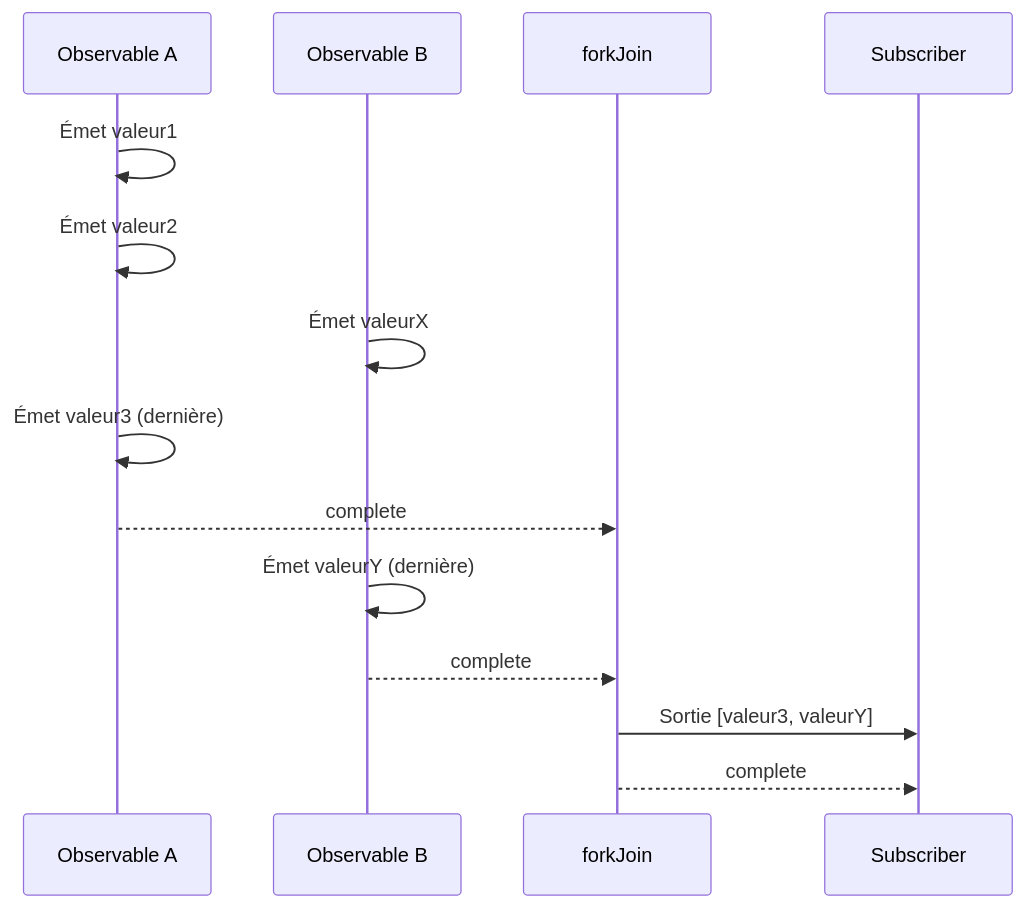
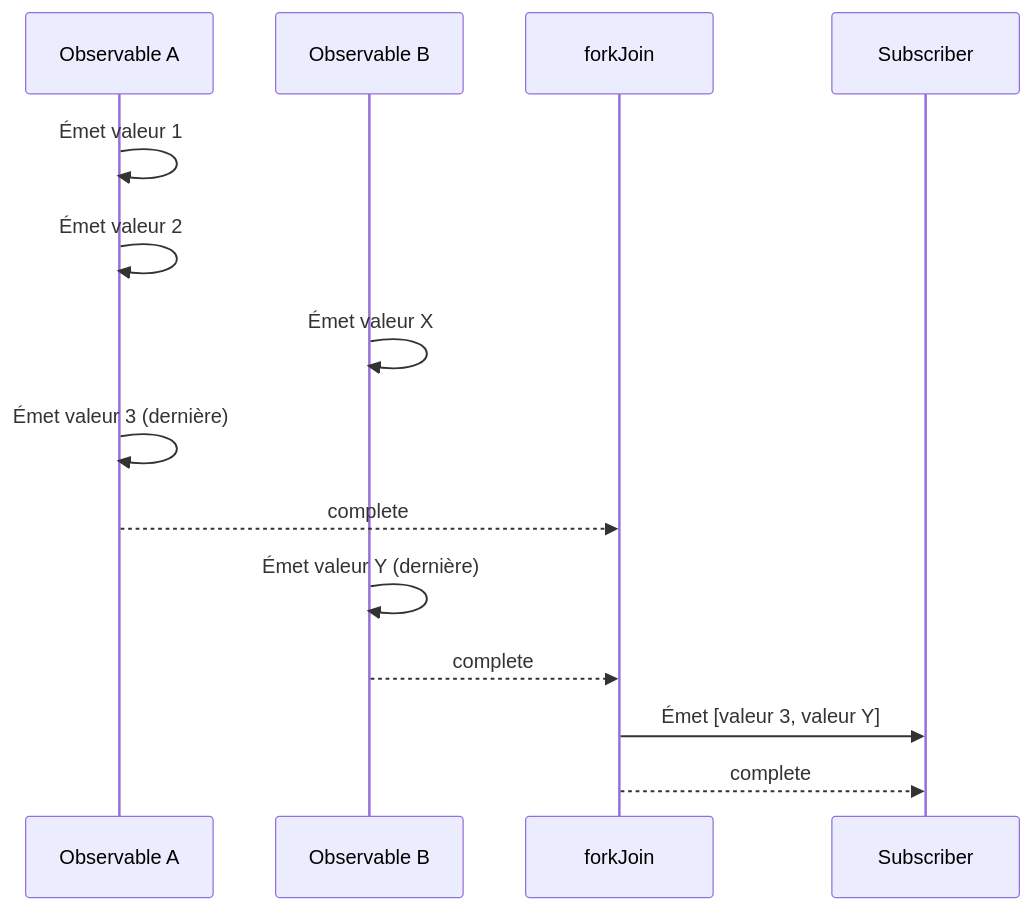
The first of 4 diagrams in docs/fr/guide/creation-functions/combination/forkJoin-vs-combineLatest.md (shuji-bonji/RxJS-with-TypeScript), drawn with Mermaid before and after one commit. The commit also changed other lines of this file and 6 other files, not shown here.

````diff
--- a/docs/fr/guide/creation-functions/combination/forkJoin-vs-combineLatest.md
+++ b/docs/fr/guide/creation-functions/combination/forkJoin-vs-combineLatest.md
@@ -34,17 +34,17 @@
 ```mermaid
 sequenceDiagram
     participant A as Observable A
     participant B as Observable B
     participant F as forkJoin
     participant S as Subscriber
 
-    A->>A: Émet valeur1
-    A->>A: Émet valeur2
-    B->>B: Émet valeurX
-    A->>A: Émet valeur3 (dernière)
+    A->>A: Émet valeur 1
+    A->>A: Émet valeur 2
+    B->>B: Émet valeur X
+    A->>A: Émet valeur 3 (dernière)
     A-->>F: complete
-    B->>B: Émet valeurY (dernière)
+    B->>B: Émet valeur Y (dernière)
     B-->>F: complete
-    F->>S: Sortie [valeur3, valeurY]
+    F->>S: Émet [valeur 3, valeur Y]
     F-->>S: complete
 ```
````
